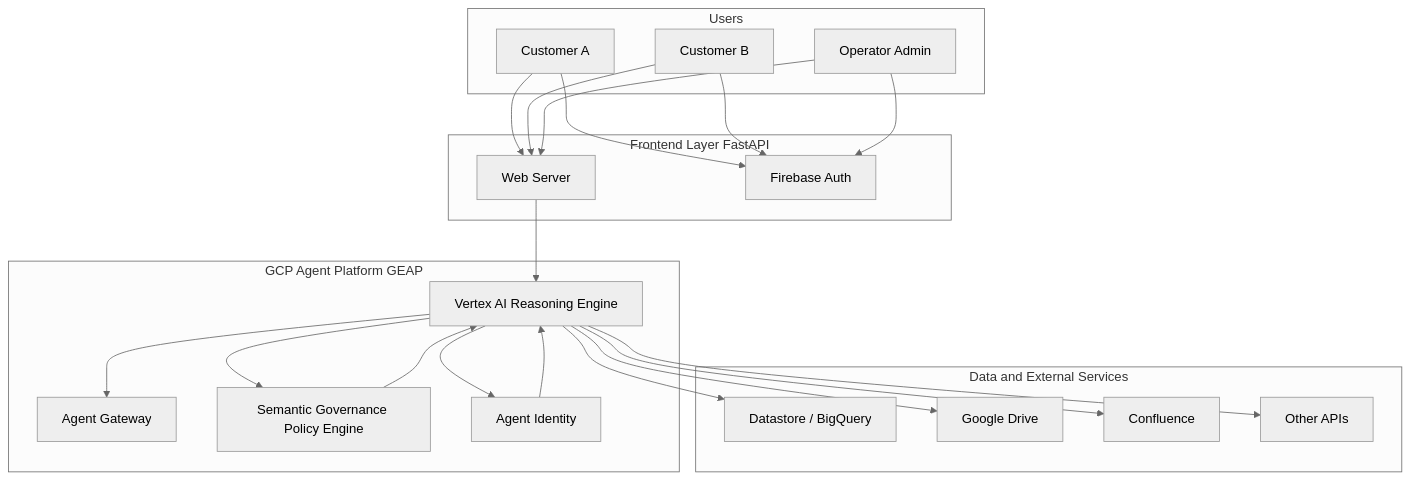
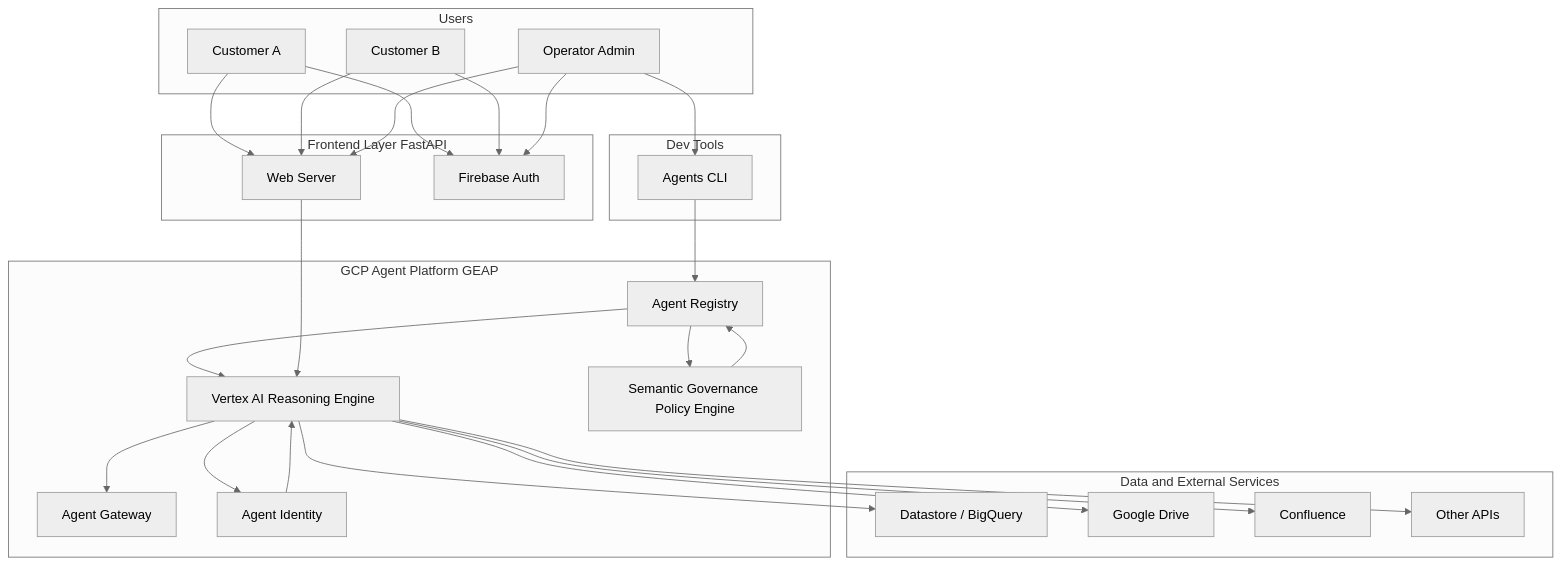
Before and after one commit to tuts2024/geap-multi-tenant-governance: the diagram in README.md, drawn with Mermaid (neutral theme).

Commit message:
Update architecture diagram with Agents CLI and Agent Registry

````diff
--- a/README.md
+++ b/README.md
@@ -20,51 +20,60 @@
 ```mermaid
 graph TD
     subgraph Users
         CustA[Customer A]
         CustB[Customer B]
         Op[Operator Admin]
+    end
+
+    subgraph DevTools[Dev Tools]
+        CLI[Agents CLI]
     end
 
     subgraph Frontend_Layer[Frontend Layer FastAPI]
         FE[Web Server]
         FB[Firebase Auth]
     end
 
     subgraph GCP_Platform[GCP Agent Platform GEAP]
         RE[Vertex AI Reasoning Engine]
         AG[Agent Gateway]
         SGP[Semantic Governance Policy Engine]
         AI[Agent Identity]
+        AR[Agent Registry]
     end
 
     subgraph Data_Services[Data and External Services]
         DB[Datastore / BigQuery]
         Drive[Google Drive]
         Conf[Confluence]
         Ext[Other APIs]
     end
 
     %% Flow
     CustA --> FB
     CustB --> FB
     Op --> FB
 
     CustA --> FE
     CustB --> FE
     Op --> FE
     
+    Op --> CLI
+    CLI --> AR
+    AR --> RE
+    
     FE --> RE
     
     RE --> DB
-    RE --> SGP
-    SGP --> RE
+    AR --> SGP
+    SGP --> AR
     
     RE --> AG
     
     RE --> AI
     AI --> RE
     
     RE --> Drive
     RE --> Conf
     RE --> Ext
 ```
````
